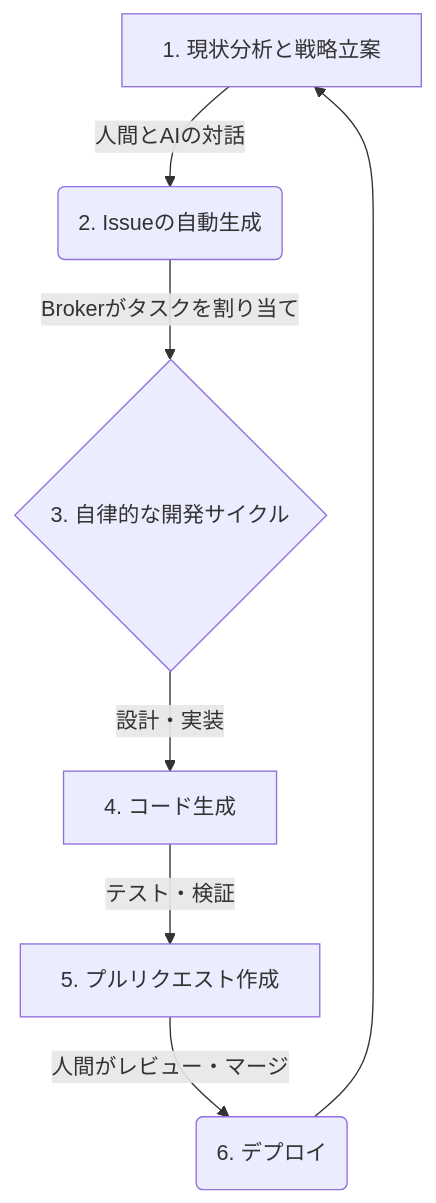
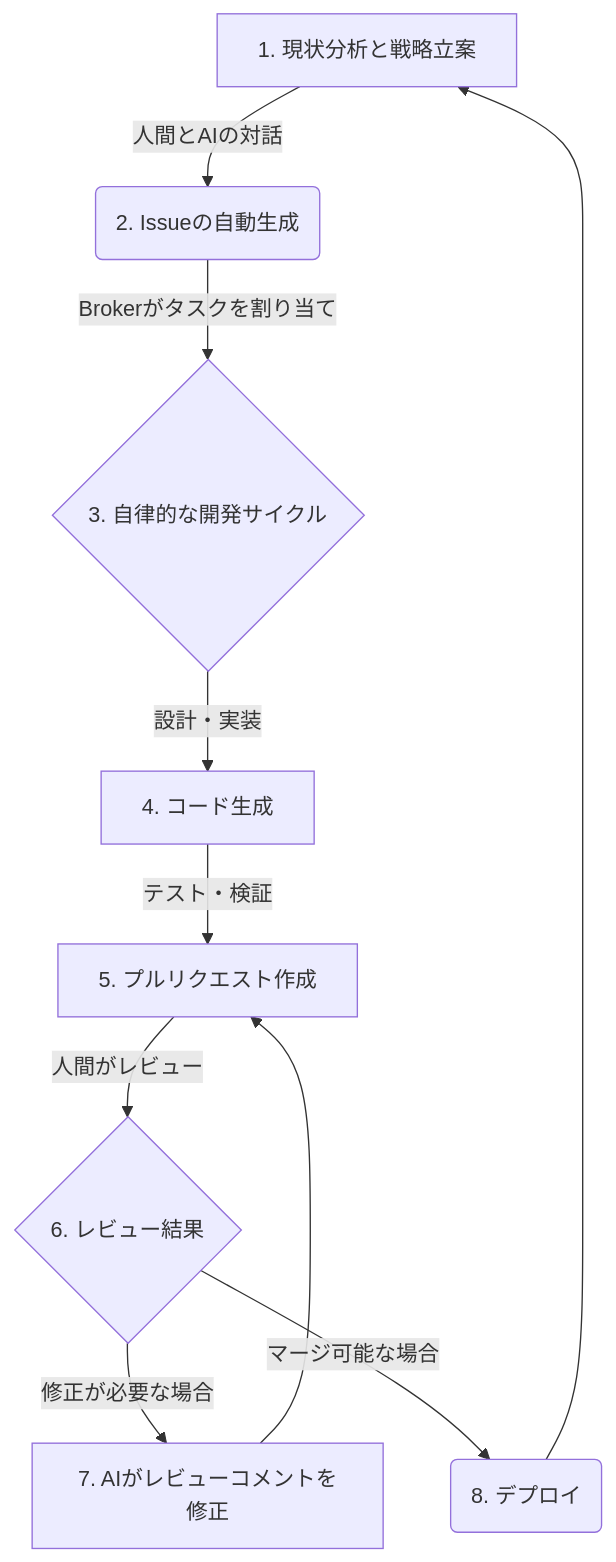
One commit to masa-codehub/github_broker changed the diagram in README.md. Above: the diagram before and after it, drawn with Mermaid. The commit also changed 4 other files, not shown here.

````diff
--- a/README.md
+++ b/README.md
@@ -32,9 +32,12 @@
 ```mermaid
 graph TD
     A[1. 現状分析と戦略立案] -->|人間とAIの対話| B(2. Issueの自動生成);
     B -->|Brokerがタスクを割り当て| C{3. 自律的な開発サイクル};
     C -->|設計・実装| D[4. コード生成];
     D -->|テスト・検証| E[5. プルリクエスト作成];
-    E -->|人間がレビュー・マージ| F(6. デプロイ);
+    E -->|人間がレビュー| G{6. レビュー結果};
+    G -->|修正が必要な場合| H[7. AIがレビューコメントを修正];
+    H --> E;
+    G -->|マージ可能な場合| F(8. デプロイ);
     F --> A;
 ```
````
